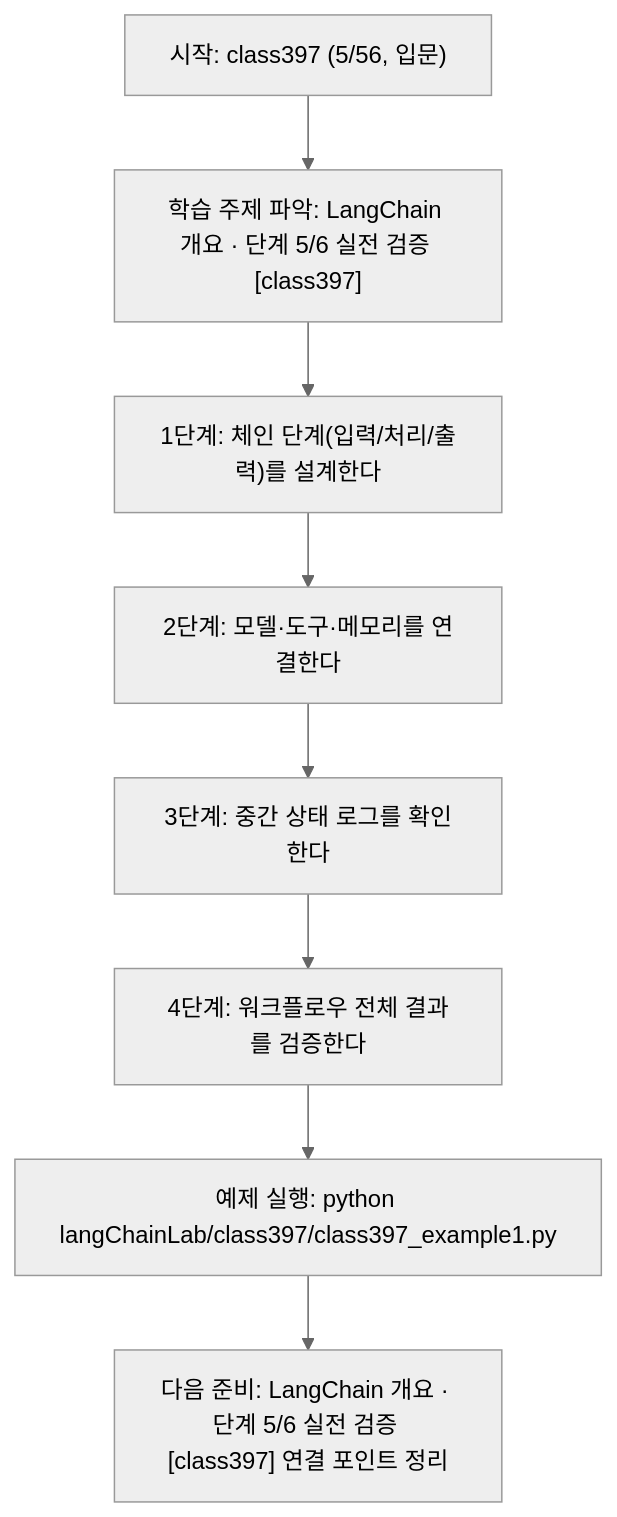
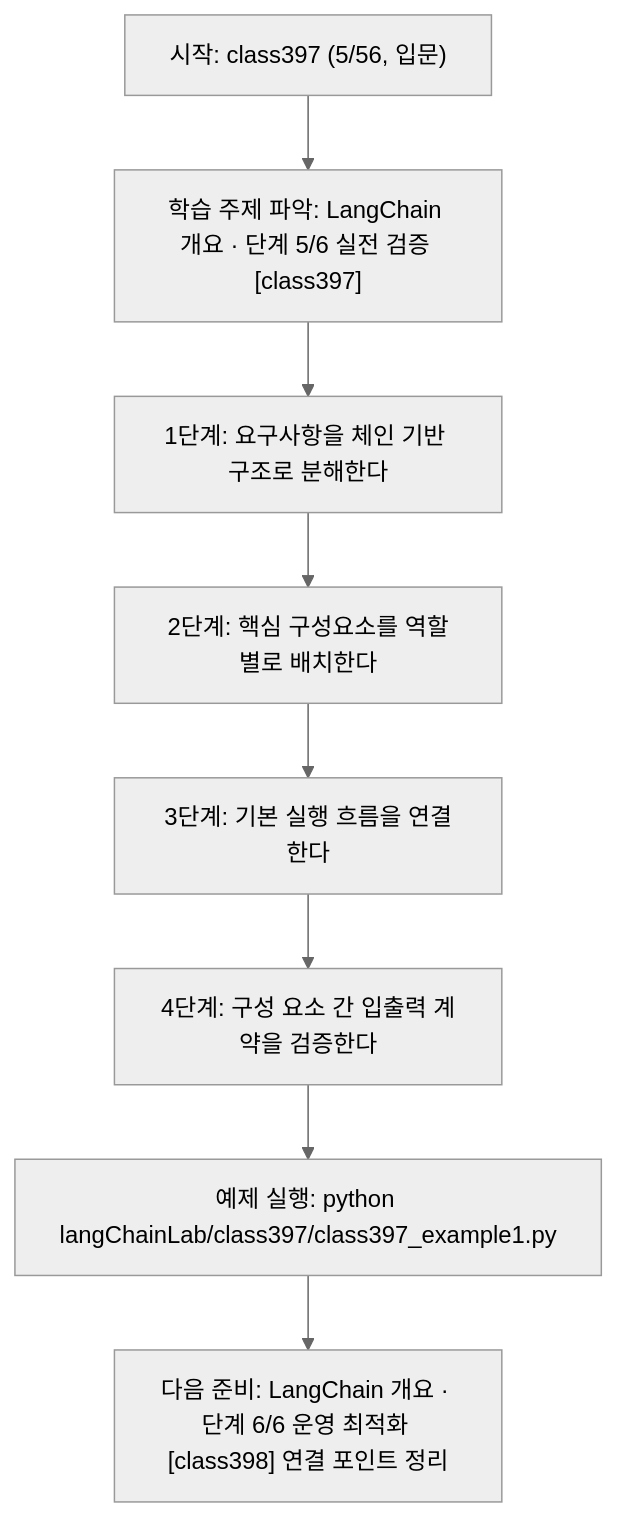
The diagram in langChainLab/class397/class397.md (edumgt/Python-AI_Agent-Class), drawn with Mermaid (neutral theme) before and after one commit. The commit also changed other lines of this file and 395 other files, not shown here.

````diff
--- a/langChainLab/class397/class397.md
+++ b/langChainLab/class397/class397.md
@@ -109,18 +91,18 @@
 ```mermaid
 flowchart TD
 N1["시작: class397 (5/56, 입문)"]
 N2["학습 주제 파악: LangChain 개요 · 단계 5/6 실전 검증 [class397]"]
-N3["1단계: 체인 단계(입력/처리/출력)를 설계한다"]
-N4["2단계: 모델·도구·메모리를 연결한다"]
-N5["3단계: 중간 상태 로그를 확인한다"]
-N6["4단계: 워크플로우 전체 결과를 검증한다"]
+N3["1단계: 요구사항을 체인 기반 구조로 분해한다"]
+N4["2단계: 핵심 구성요소를 역할별로 배치한다"]
+N5["3단계: 기본 실행 흐름을 연결한다"]
+N6["4단계: 구성 요소 간 입출력 계약을 검증한다"]
 N7["예제 실행: python langChainLab/class397/class397_example1.py"]
-N8["다음 준비: LangChain 개요 · 단계 5/6 실전 검증 [class397] 연결 포인트 정리"]
+N8["다음 준비: LangChain 개요 · 단계 6/6 운영 최적화 [class398] 연결 포인트 정리"]
 N1 --> N2
 N2 --> N3
 N3 --> N4
 N4 --> N5
 N5 --> N6
 N6 --> N7
 N7 --> N8
 ```
````
